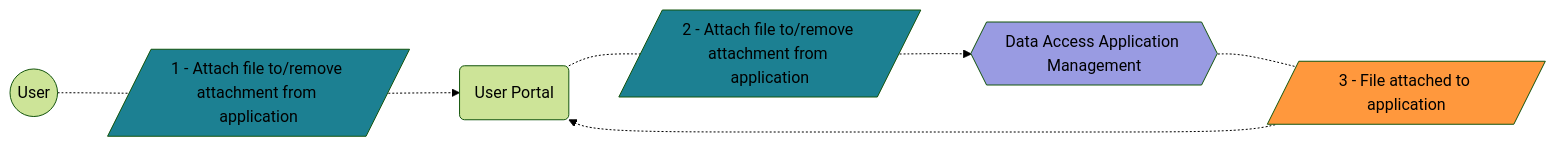
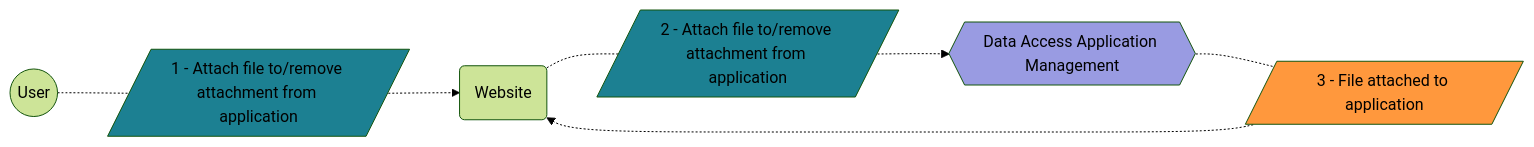
Before and after one commit to GenomicDataInfrastructure/gdi-userportal-docs: the seventh of 15 diagrams in content/docs/data-access-application-management/use-cases/_index.md, drawn with Mermaid (forest theme). The commit also changed other lines of this file, not shown here.

````diff
--- a/content/docs/data-access-application-management/use-cases/_index.md
+++ b/content/docs/data-access-application-management/use-cases/_index.md
@@ -262,36 +262,36 @@
 ```mermaid
 flowchart LR
     user(("`
         User
     `"))
     
-    user_portal("`
-        User Portal
+    website("`
+        Website
     `")
     
     daam{{"`
         Data Access Application Management
     `"}}
     style daam fill:#999be2
     
     attach_file_1[/"`
         1 - Attach file to/remove attachment from application
     `"/]
     attach_file_2[/"`
         2 - Attach file to/remove attachment from application
     `"/]
     style attach_file_1 fill:#1C8092
     style attach_file_2 fill:#1C8092
 
     file_attached[/"`
         3 - File attached to application
     `"/]
     style file_attached fill:#FF983D
 
     user -.- attach_file_1
-    attach_file_1 -.-> user_portal
-    user_portal -.- attach_file_2
+    attach_file_1 -.-> website
+    website -.- attach_file_2
     attach_file_2 -.-> daam
     daam -.- file_attached
-    file_attached -.-> user_portal
+    file_attached -.-> website
 ```
````
